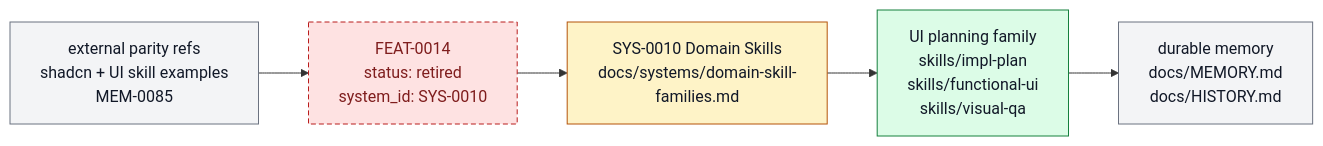
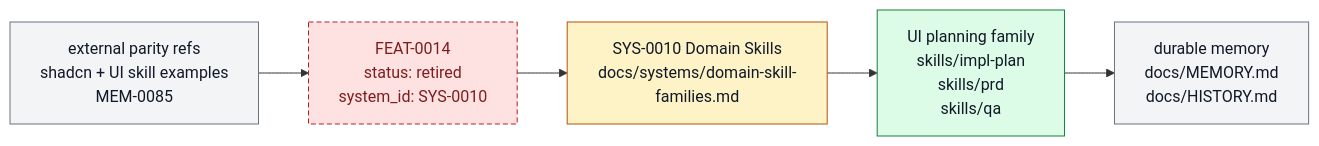
Before and after one commit to ZanarkandTechnologies/Farplane: the diagram in docs/features/FEAT-0014-frontend-skill-parity-upgrade.md, drawn with Mermaid. The commit also changed other lines of this file and 647 other files, not shown here.

````diff
--- a/docs/features/FEAT-0014-frontend-skill-parity-upgrade.md
+++ b/docs/features/FEAT-0014-frontend-skill-parity-upgrade.md
@@ -106,15 +106,15 @@
 ```mermaid
 flowchart LR
   classDef keep fill:#f3f4f6,stroke:#6b7280,color:#111827
   classDef changed fill:#fef3c7,stroke:#b45309,color:#111827
   classDef added fill:#dcfce7,stroke:#15803d,color:#111827
   classDef retired fill:#fee2e2,stroke:#b91c1c,color:#7f1d1d,stroke-dasharray: 5 3
 
   sources["external parity refs<br/>shadcn + UI skill examples<br/>MEM-0085"]:::keep
   retired["FEAT-0014<br/>status: retired<br/>system_id: SYS-0010"]:::retired
   owner["SYS-0010 Domain Skills<br/>docs/systems/domain-skill-families.md"]:::changed
-  skills["UI planning family<br/>skills/impl-plan<br/>skills/functional-ui<br/>skills/visual-qa"]:::added
+  skills["UI planning family<br/>skills/impl-plan<br/>skills/prd<br/>skills/qa"]:::added
   record["durable memory<br/>docs/MEMORY.md<br/>docs/HISTORY.md"]:::keep
 
   sources --> retired --> owner --> skills --> record
 ```
````
